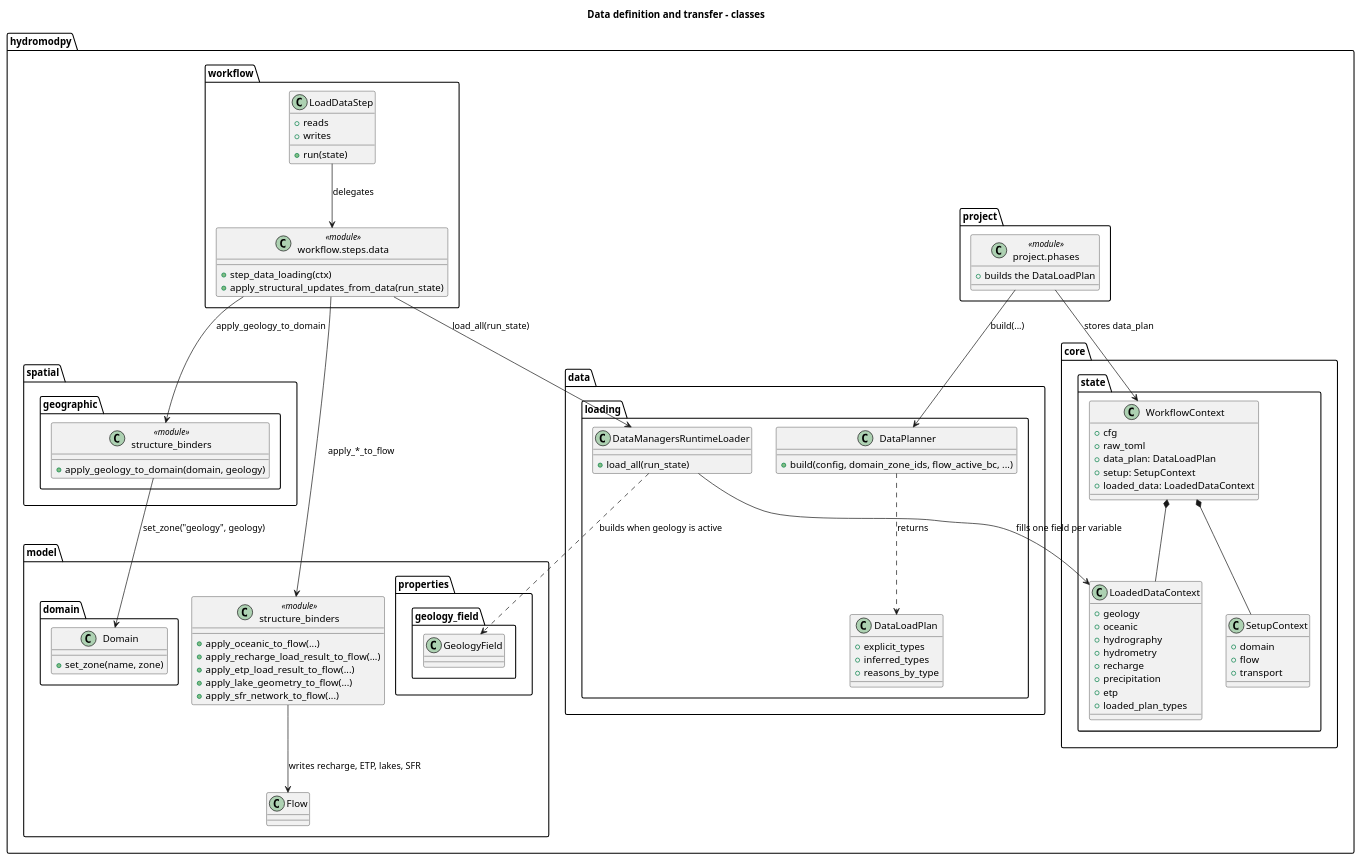
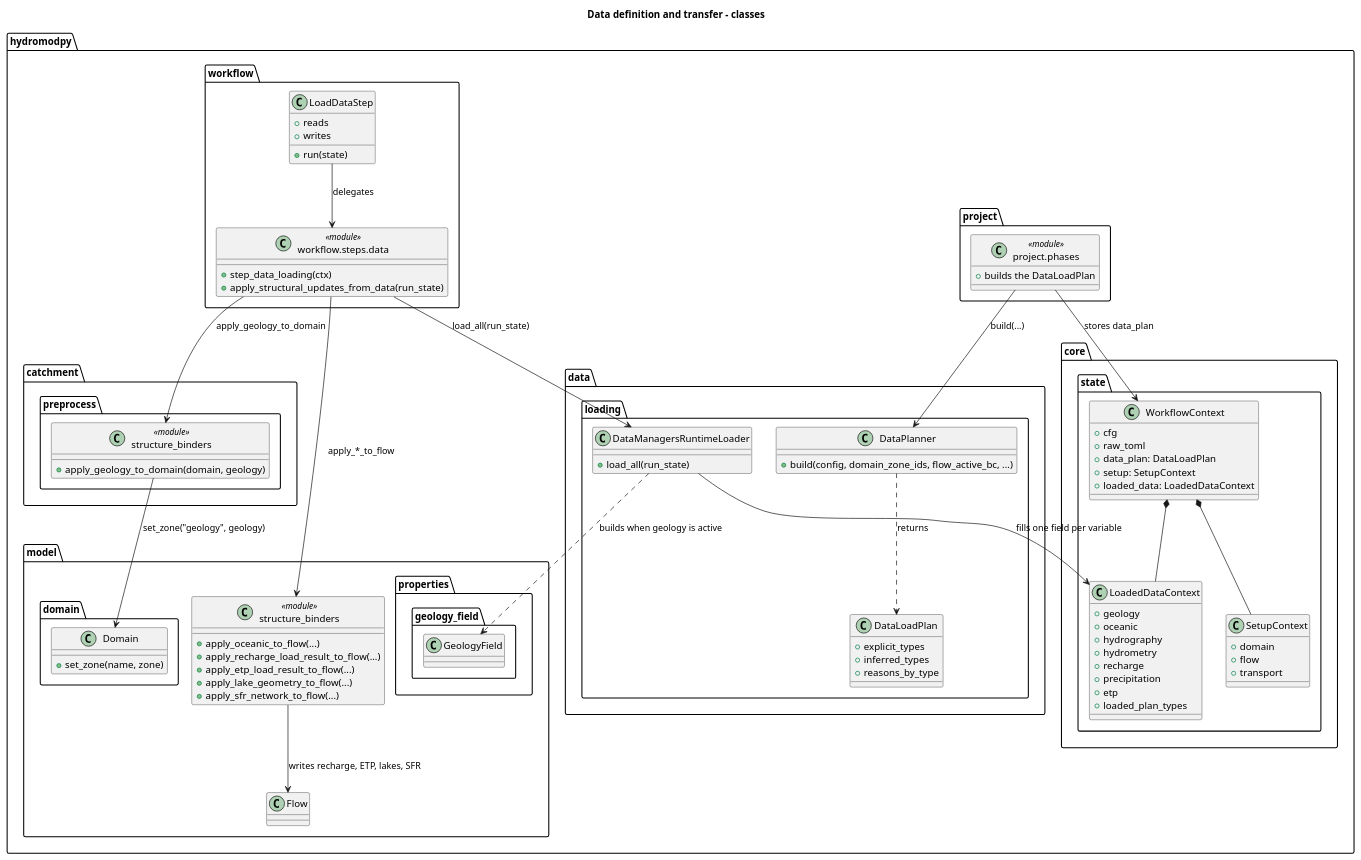
One commit to HydroModPy/HydroModPy changed the diagram in docs/source/contribute/architecture/data_loading/diagrams/data_definition_transfer_class.wsd. Above: the diagram before and after it, drawn with PlantUML. The commit also changed 584 other files, not shown here.

Commit message:
refactor(catchment): create catchment from spatial, remove spatial

```diff
--- a/docs/source/contribute/architecture/data_loading/diagrams/data_definition_transfer_class.wsd
+++ b/docs/source/contribute/architecture/data_loading/diagrams/data_definition_transfer_class.wsd
@@ -1,107 +1,107 @@
 @startuml
 title Data definition and transfer - classes
 
 package "hydromodpy.project" {
   class "project.phases" as ProjectPhases <<module>> {
     +builds the DataLoadPlan
   }
 }
 
 package "hydromodpy.workflow" {
   class LoadDataStep {
     +reads
     +writes
     +run(state)
   }
   class "workflow.steps.data" as DataStepModule <<module>> {
     +step_data_loading(ctx)
     +apply_structural_updates_from_data(run_state)
   }
 }
 
 package "hydromodpy.core.state" {
   class WorkflowContext {
     +cfg
     +raw_toml
     +data_plan: DataLoadPlan
     +setup: SetupContext
     +loaded_data: LoadedDataContext
   }
 
   class SetupContext {
     +domain
     +flow
     +transport
   }
 
   class LoadedDataContext {
     +geology
     +oceanic
     +hydrography
     +hydrometry
     +recharge
     +precipitation
     +etp
     +loaded_plan_types
   }
 }
 
 package "hydromodpy.data.loading" {
   class DataPlanner {
     +build(config, domain_zone_ids, flow_active_bc, ...)
   }
 
   class DataLoadPlan {
     +explicit_types
     +inferred_types
     +reasons_by_type
   }
 
   class DataManagersRuntimeLoader {
     +load_all(run_state)
   }
 }
 
 package "hydromodpy.model.properties.geology_field" {
   class GeologyField
 }
 
 package "hydromodpy.model.domain" {
   class Domain {
     +set_zone(name, zone)
   }
 }
 
 package "hydromodpy.model" {
   class Flow
   class "structure_binders" as FlowBinders <<module>> {
     +apply_oceanic_to_flow(...)
     +apply_recharge_load_result_to_flow(...)
     +apply_etp_load_result_to_flow(...)
     +apply_lake_geometry_to_flow(...)
     +apply_sfr_network_to_flow(...)
   }
 }
 
-package "hydromodpy.spatial.geographic" {
+package "hydromodpy.catchment.preprocess" {
   class "structure_binders" as DomainBinders <<module>> {
     +apply_geology_to_domain(domain, geology)
   }
 }
 
 ProjectPhases --> DataPlanner : build(...)
 DataPlanner ..> DataLoadPlan : returns
 ProjectPhases --> WorkflowContext : stores data_plan
 LoadDataStep --> DataStepModule : delegates
 DataStepModule --> DataManagersRuntimeLoader : load_all(run_state)
 DataManagersRuntimeLoader --> LoadedDataContext : fills one field per variable
 DataManagersRuntimeLoader ..> GeologyField : builds when geology is active
 
 WorkflowContext *-- SetupContext
 WorkflowContext *-- LoadedDataContext
 
 DataStepModule --> DomainBinders : apply_geology_to_domain
 DomainBinders --> Domain : set_zone("geology", geology)
 DataStepModule --> FlowBinders : apply_*_to_flow
 FlowBinders --> Flow : writes recharge, ETP, lakes, SFR
 @enduml
```
